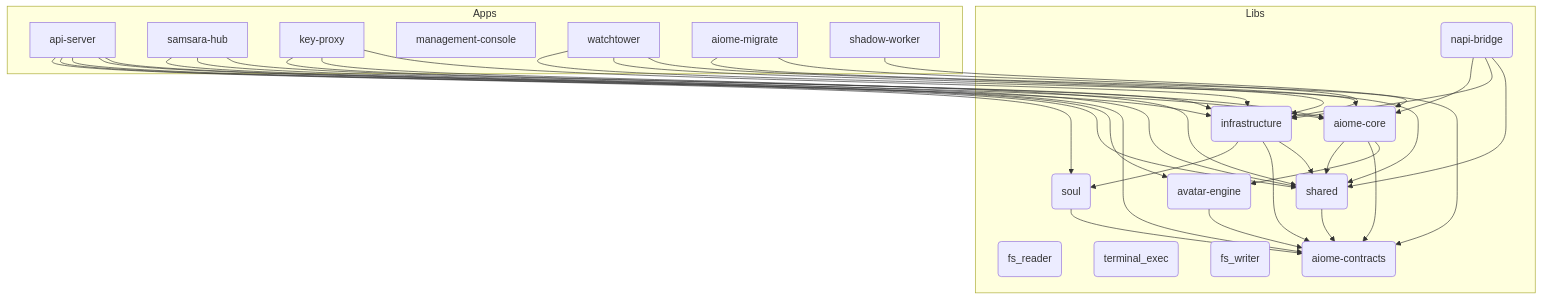
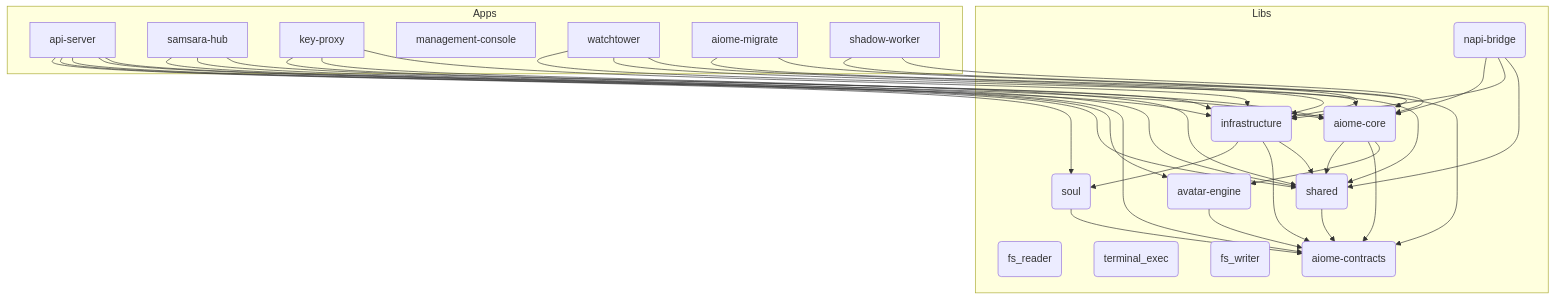
The diagram in ARCHITECTURE.md (for4xex-droid/modular-open-claw), drawn with Mermaid before and after one commit. The commit also changed other lines of this file and 27 other files, not shown here.

````diff
--- a/ARCHITECTURE.md
+++ b/ARCHITECTURE.md
@@ -23,55 +23,56 @@
 ```mermaid
 graph TD
     subgraph Apps
         api-server[api-server]
         samsara-hub[samsara-hub]
         key-proxy[key-proxy]
         management-console[management-console]
         watchtower[watchtower]
         aiome-migrate[aiome-migrate]
         shadow-worker[shadow-worker]
     end
 
     subgraph Libs
         aiome-core(aiome-core)
         infrastructure(infrastructure)
         shared(shared)
         avatar-engine(avatar-engine)
         fs_reader(fs_reader)
         terminal_exec(terminal_exec)
         fs_writer(fs_writer)
         napi-bridge(napi-bridge)
         aiome-contracts(aiome-contracts)
         soul(soul)
     end
 
     api-server --> soul
     api-server --> infrastructure
     api-server --> shared
     api-server --> avatar-engine
     api-server --> aiome-contracts
     samsara-hub --> aiome-core
     samsara-hub --> shared
     samsara-hub --> infrastructure
     key-proxy --> aiome-core
     key-proxy --> shared
     key-proxy --> infrastructure
     aiome-core --> shared
     aiome-core --> aiome-contracts
     aiome-core --> avatar-engine
     infrastructure --> soul
     infrastructure --> aiome-contracts
     infrastructure --> shared
     shared --> aiome-contracts
     avatar-engine --> aiome-contracts
     napi-bridge --> aiome-core
     napi-bridge --> infrastructure
     napi-bridge --> shared
     watchtower --> aiome-core
     watchtower --> infrastructure
     watchtower --> shared
     soul --> aiome-contracts
     aiome-migrate --> aiome-core
     aiome-migrate --> infrastructure
     shadow-worker --> aiome-contracts
+    shadow-worker --> aiome-core
 ```
````
